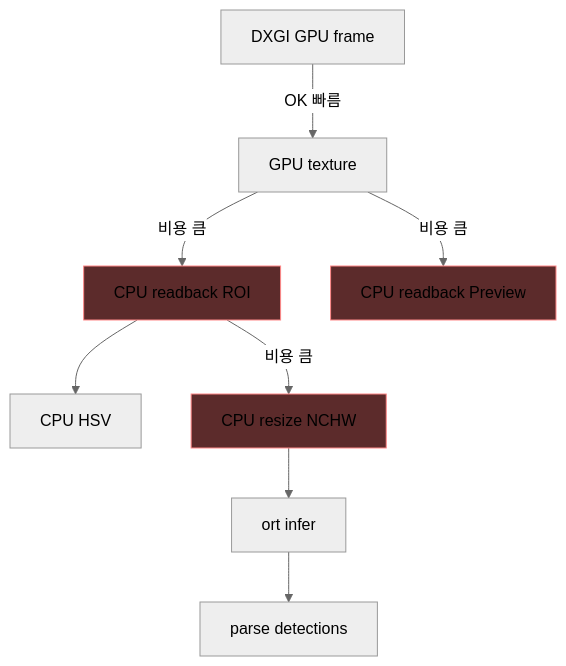
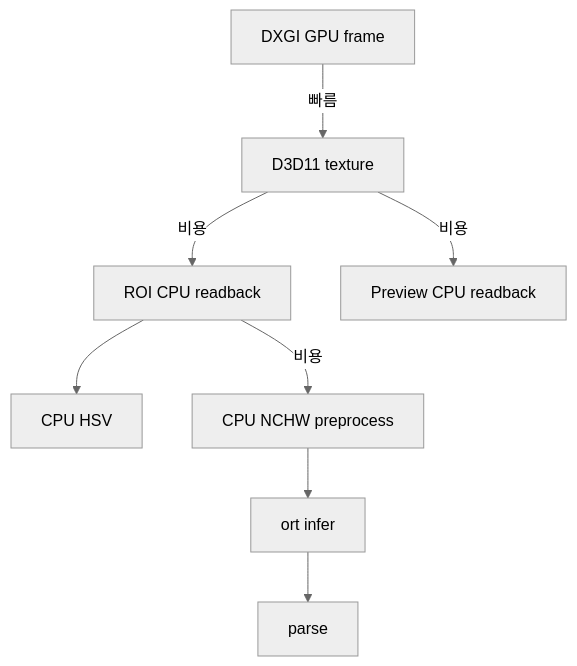
Before and after one commit to NAMUORI00/display-share: the second of 4 diagrams in 개선점.md, drawn with Mermaid (neutral theme). The commit also changed other lines of this file and 25 other files, not shown here.

First line of the commit message:
docs(wiki): complete pages for current privacy/DXGI architecture

````diff
--- a/개선점.md
+++ b/개선점.md
@@ -26,14 +30,10 @@
 ```mermaid
 flowchart TB
-  A["DXGI GPU frame"] -->|OK 빠름| B["GPU texture"]
-  B -->|"비용 큼"| C["CPU readback ROI"]
-  B -->|"비용 큼"| D["CPU readback Preview"]
-  C --> E["CPU HSV"]
-  C -->|"비용 큼"| F["CPU resize NCHW"]
-  F --> G["ort infer"]
-  G --> H["parse detections"]
-
-  style C fill:#5c2b2b,stroke:#f88
-  style D fill:#5c2b2b,stroke:#f88
-  style F fill:#5c2b2b,stroke:#f88
+  A[DXGI GPU frame] -->|빠름| B[D3D11 texture]
+  B -->|비용| C[ROI CPU readback]
+  B -->|비용| D[Preview CPU readback]
+  C --> E[CPU HSV]
+  C -->|비용| F[CPU NCHW preprocess]
+  F --> G[ort infer]
+  G --> H[parse]
 ```
````
